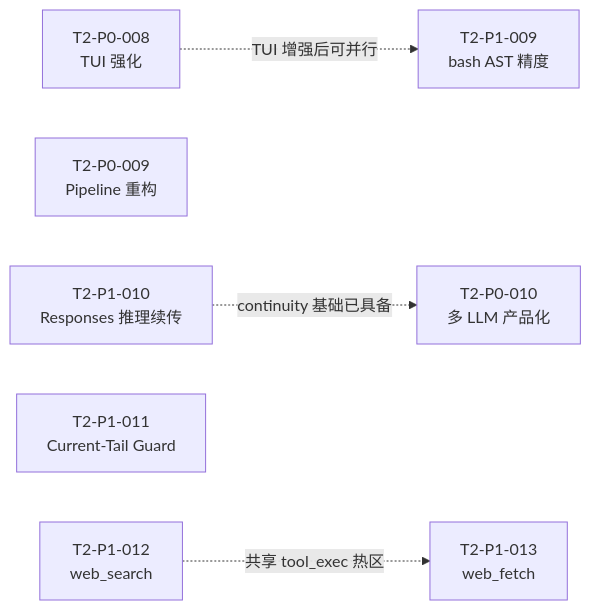
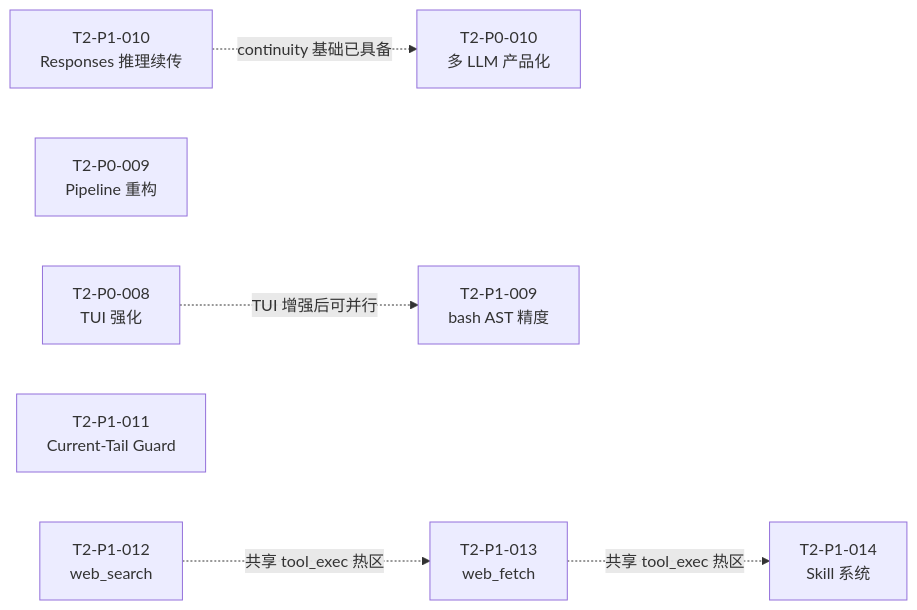
One commit to teisun/tomcat-agent changed the diagram in tomcat/docs/agents/TASK_BOARD_002/README.md. Above: the diagram before and after it, drawn with Mermaid. The commit also changed other lines of this file and 65 other files, not shown here.

````diff
--- a/tomcat/docs/agents/TASK_BOARD_002/README.md
+++ b/tomcat/docs/agents/TASK_BOARD_002/README.md
@@ -51,19 +52,22 @@
 ```mermaid
 flowchart LR
     P008[T2-P0-008<br/>TUI 强化]
     P009[T2-P0-009<br/>Pipeline 重构]
     P010[T2-P0-010<br/>多 LLM 产品化]
     P109[T2-P1-009<br/>bash AST 精度]
     P110[T2-P1-010<br/>Responses 推理续传]
     P111[T2-P1-011<br/>Current-Tail Guard]
     P112[T2-P1-012<br/>web_search]
     P113[T2-P1-013<br/>web_fetch]
+    P114[T2-P1-014<br/>Skill 系统]
     P008 -.->|TUI 增强后可并行| P109
     P112 -.->|共享 tool_exec 热区| P113
+    P113 -.->|共享 tool_exec 热区| P114
     P110 -.->|continuity 基础已具备| P010
     P009
     P110
     P111
     P112
     P113
+    P114
 ```
````
